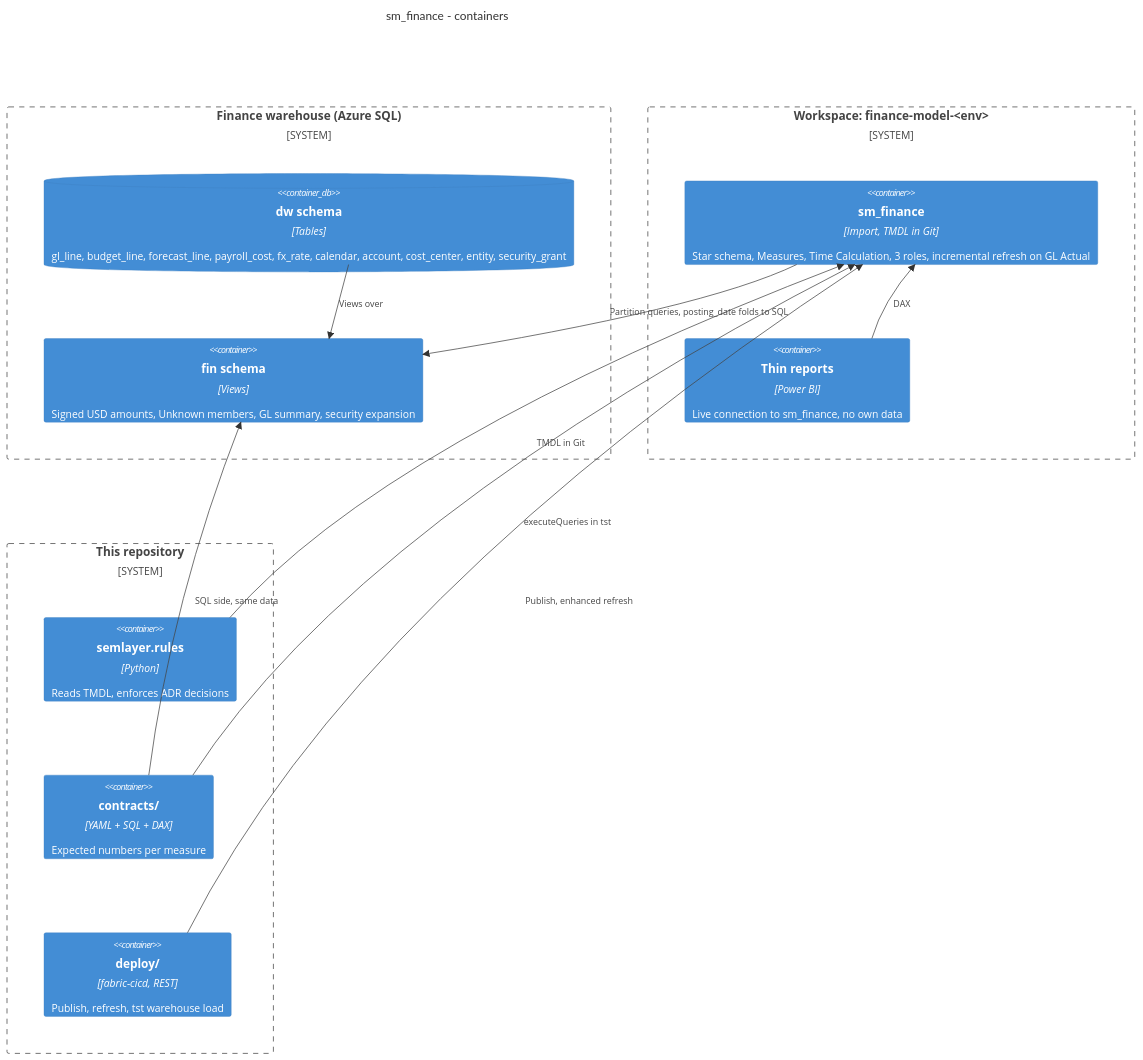
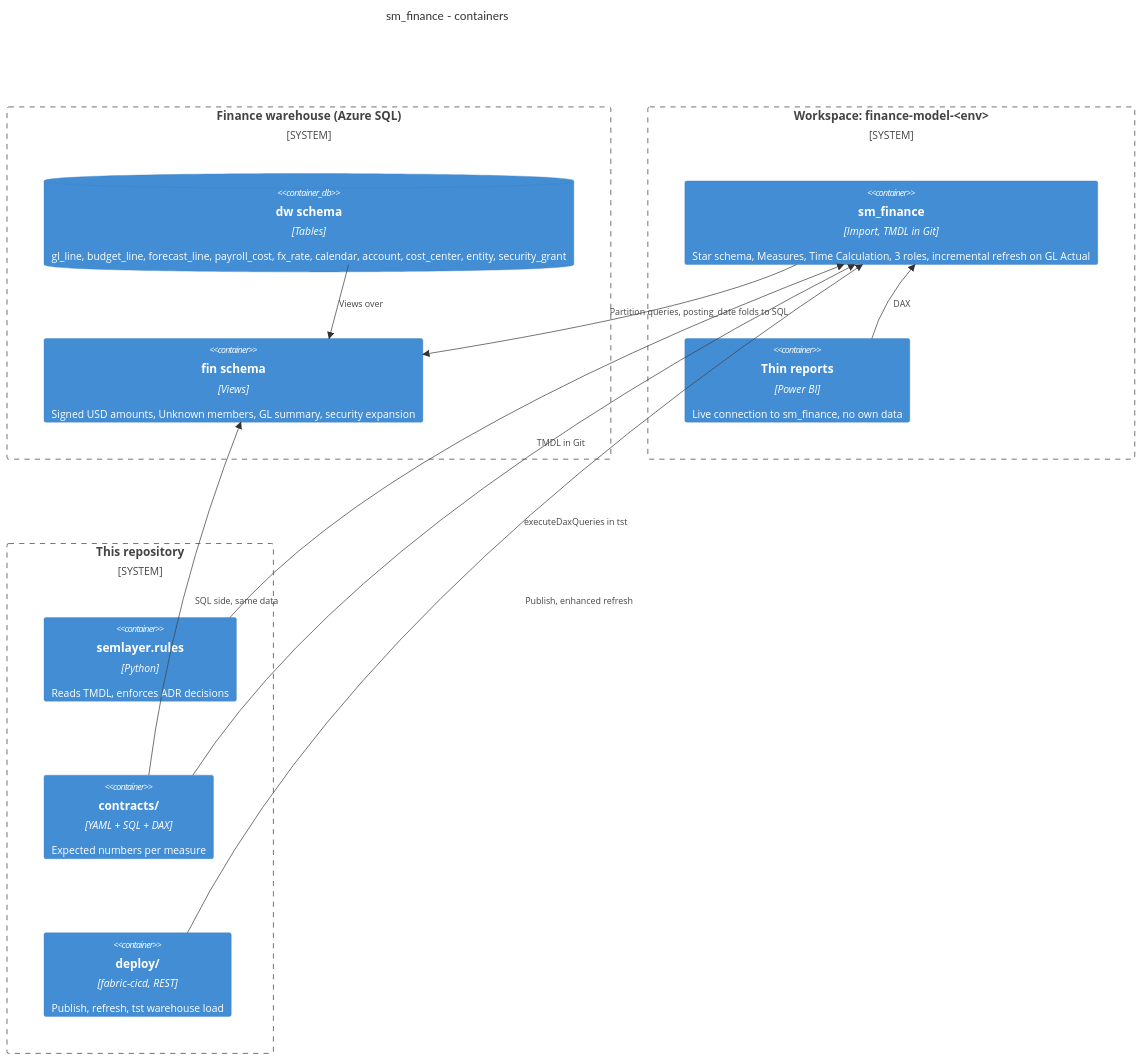
The first of 2 diagrams in docs/architecture/c4-container.md (hariswhat/powerbi-enterprise-semantic-layer), drawn with Mermaid before and after one commit. The commit also changed other lines of this file and 11 other files, not shown here.

````diff
--- a/docs/architecture/c4-container.md
+++ b/docs/architecture/c4-container.md
@@ -3,28 +3,28 @@
 ```mermaid
 C4Container
     title sm_finance - containers
 
     System_Boundary(dwb, "Finance warehouse (Azure SQL)") {
         ContainerDb(dw, "dw schema", "Tables", "gl_line, budget_line, forecast_line, payroll_cost, fx_rate, calendar, account, cost_center, entity, security_grant")
         Container(fin, "fin schema", "Views", "Signed USD amounts, Unknown members, GL summary, security expansion")
     }
 
     System_Boundary(ws, "Workspace: finance-model-<env>") {
         Container(model, "sm_finance", "Import, TMDL in Git", "Star schema, Measures, Time Calculation, 3 roles, incremental refresh on GL Actual")
         Container(reports, "Thin reports", "Power BI", "Live connection to sm_finance, no own data")
     }
 
     System_Boundary(repo, "This repository") {
         Container(rules, "semlayer.rules", "Python", "Reads TMDL, enforces ADR decisions")
         Container(contracts, "contracts/", "YAML + SQL + DAX", "Expected numbers per measure")
         Container(deploy, "deploy/", "fabric-cicd, REST", "Publish, refresh, tst warehouse load")
     }
 
     Rel(dw, fin, "Views over")
     Rel(model, fin, "Partition queries, posting_date folds to SQL")
     Rel(reports, model, "DAX")
     Rel(deploy, model, "Publish, enhanced refresh")
-    Rel(contracts, model, "executeQueries in tst")
+    Rel(contracts, model, "executeDaxQueries in tst")
     Rel(contracts, fin, "SQL side, same data")
     Rel(rules, model, "TMDL in Git")
 ```
````
